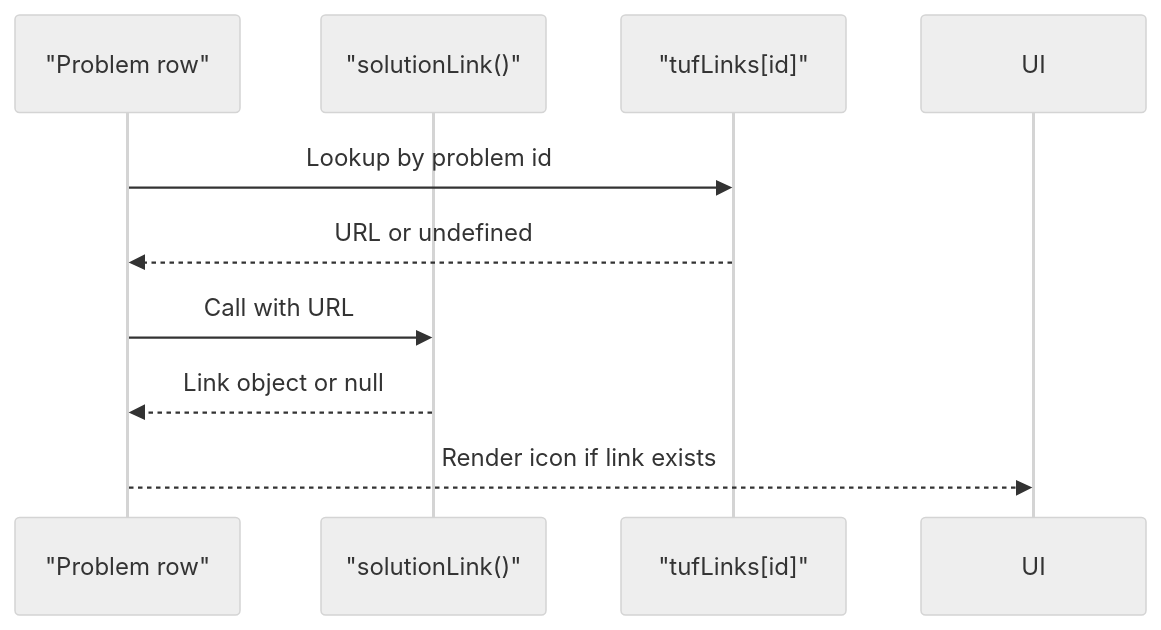
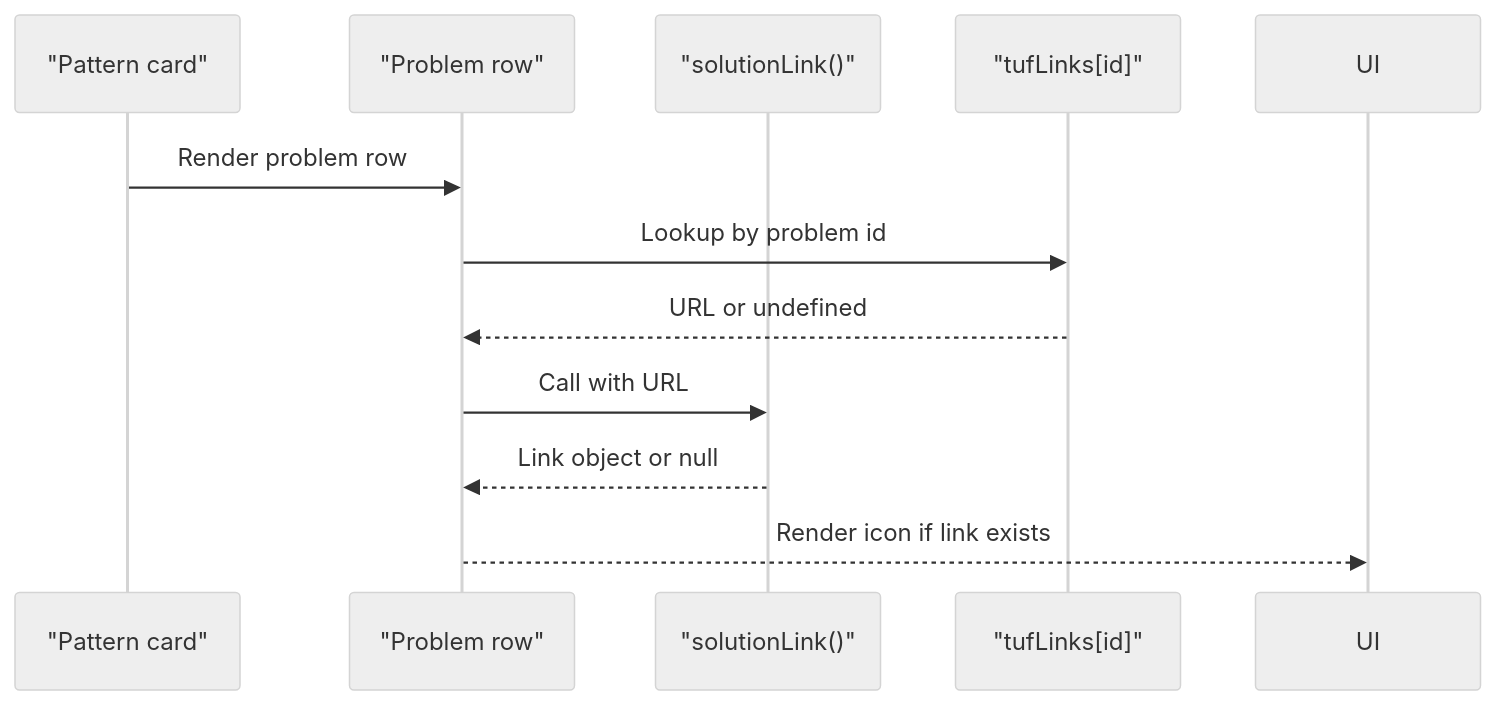
Before and after one commit to iamrituraj/DSA-Tracker: the seventh of 10 diagrams in .qoder/repowiki/en/content/Frontend Application/Patterns Component.md, drawn with Mermaid (neutral theme). The commit also changed other lines of this file and 8 other files, not shown here.

````diff
--- a/.qoder/repowiki/en/content/Frontend Application/Patterns Component.md
+++ b/.qoder/repowiki/en/content/Frontend Application/Patterns Component.md
@@ -172,11 +222,13 @@
 ```mermaid
 sequenceDiagram
-participant P as "Problem row"
+participant Card as "Pattern card"
+participant Row as "Problem row"
 participant H as "solutionLink()"
 participant L as "tufLinks[id]"
-P->>L : Lookup by problem id
-L-->>P : URL or undefined
-P->>H : Call with URL
-H-->>P : Link object or null
-P-->>UI : Render icon if link exists
+Card->>Row : Render problem row
+Row->>L : Lookup by problem id
+L-->>Row : URL or undefined
+Row->>H : Call with URL
+H-->>Row : Link object or null
+Row-->>UI : Render icon if link exists
 ```
````
